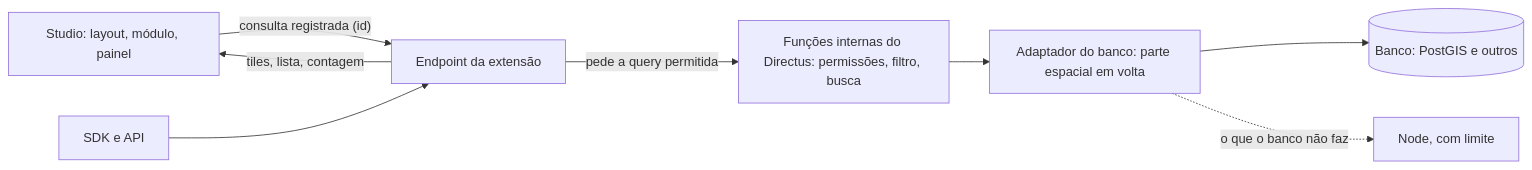
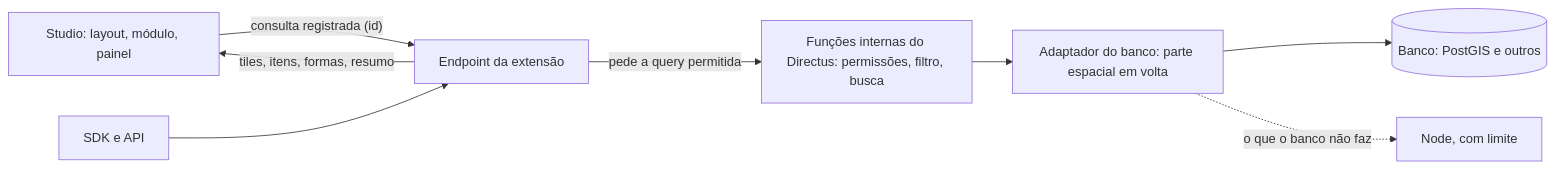
Before and after one commit to HarrisonSanches/directus-extension-geospatial: the diagram in docs/arquitetura.md, drawn with Mermaid. The commit also changed other lines of this file and 5 other files, not shown here.

````diff
--- a/docs/arquitetura.md
+++ b/docs/arquitetura.md
@@ -46,10 +46,10 @@
 ```mermaid
 flowchart LR
   UI["Studio: layout, módulo, painel"] -->|"consulta registrada (id)"| EP["Endpoint da extensão"]
   SDK["SDK e API"] --> EP
   EP -->|"pede a query permitida"| DX["Funções internas do Directus: permissões, filtro, busca"]
   DX --> AD["Adaptador do banco: parte espacial em volta"]
   AD --> DB[("Banco: PostGIS e outros")]
   AD -.->|"o que o banco não faz"| NODE["Node, com limite"]
-  EP -->|"tiles, lista, contagem"| UI
+  EP -->|"tiles, itens, formas, resumo"| UI
 ```
````
